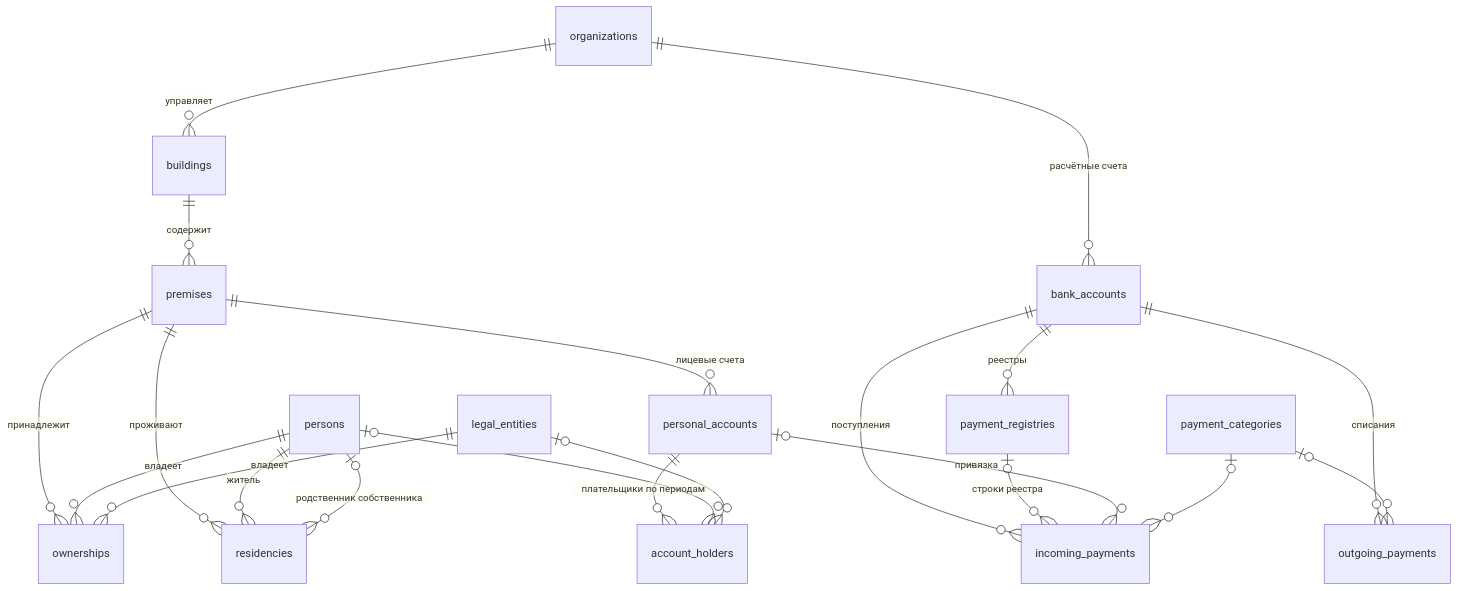
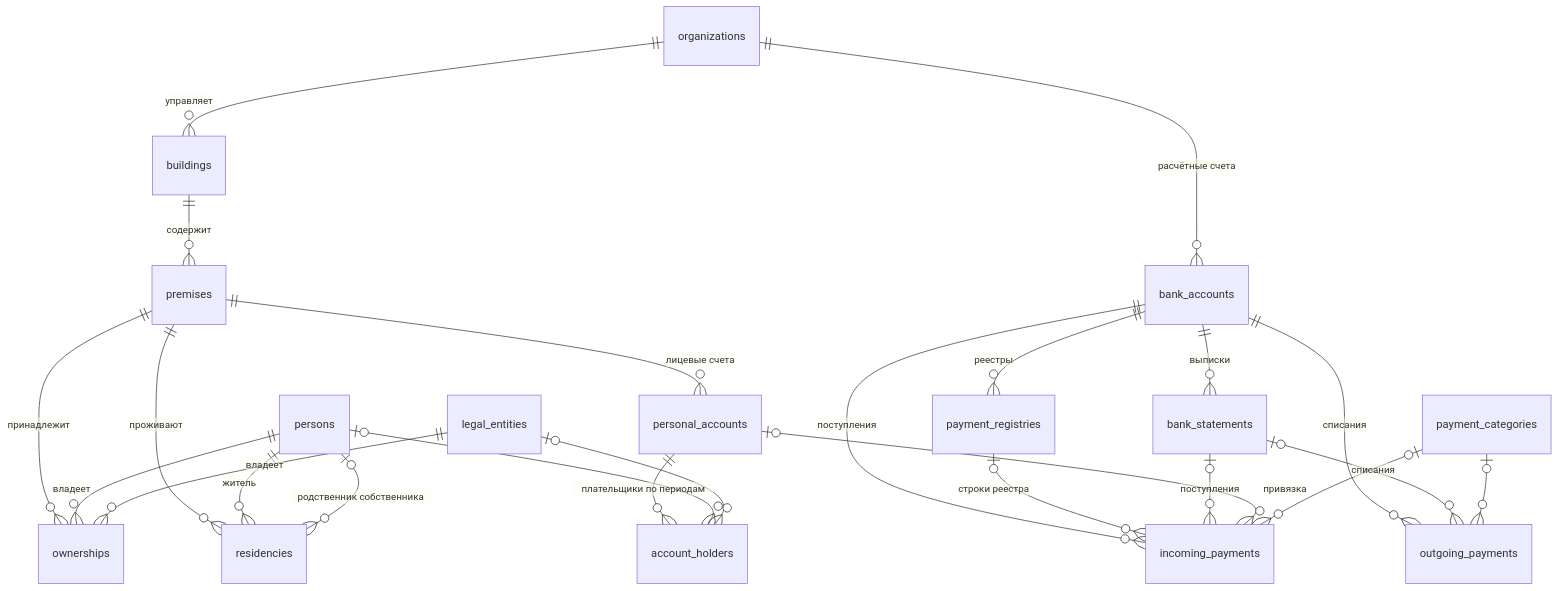
One commit to lobanovsky/dom-backend changed the diagram in README.md. Above: the diagram before and after it, drawn with Mermaid. The commit also changed other lines of this file and 20 other files, not shown here.

````diff
--- a/README.md
+++ b/README.md
@@ -14,23 +14,26 @@
 ```mermaid
 erDiagram
     organizations ||--o{ buildings : "управляет"
     buildings ||--o{ premises : "содержит"
     premises ||--o{ ownerships : "принадлежит"
     persons ||--o{ ownerships : "владеет"
     legal_entities ||--o{ ownerships : "владеет"
     premises ||--o{ residencies : "проживают"
     persons ||--o{ residencies : "житель"
     persons |o--o{ residencies : "родственник собственника"
     premises ||--o{ personal_accounts : "лицевые счета"
     personal_accounts ||--o{ account_holders : "плательщики по периодам"
     persons |o--o{ account_holders : ""
     legal_entities |o--o{ account_holders : ""
     organizations ||--o{ bank_accounts : "расчётные счета"
     bank_accounts ||--o{ payment_registries : "реестры"
     bank_accounts ||--o{ incoming_payments : "поступления"
     bank_accounts ||--o{ outgoing_payments : "списания"
     payment_registries |o--o{ incoming_payments : "строки реестра"
+    bank_accounts ||--o{ bank_statements : "выписки"
+    bank_statements |o--o{ incoming_payments : "поступления"
+    bank_statements |o--o{ outgoing_payments : "списания"
     personal_accounts |o--o{ incoming_payments : "привязка"
     payment_categories |o--o{ incoming_payments : ""
     payment_categories |o--o{ outgoing_payments : ""
 ```
````
